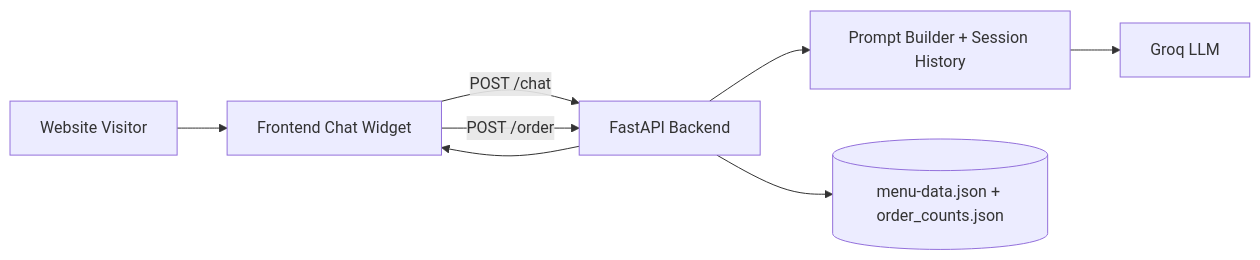
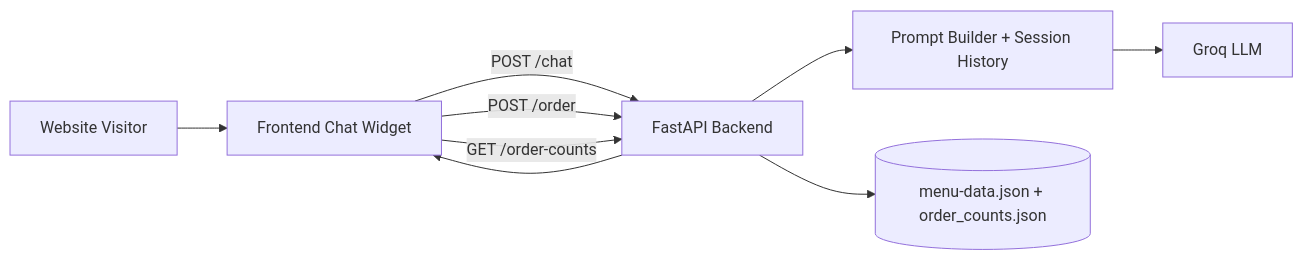
The diagram in README.md (AnomInsight/03_Portfolio_Project), drawn with Mermaid before and after one commit. The commit also changed other lines of this file and 3 other files, not shown here.

````diff
--- a/README.md
+++ b/README.md
@@ -54,10 +57,11 @@
 ```mermaid
 flowchart LR
 		U[Website Visitor] --> W[Frontend Chat Widget]
 		W -->|POST /chat| A[FastAPI Backend]
 		W -->|POST /order| A
+		W -->|GET /order-counts| A
 		A --> P[Prompt Builder + Session History]
 		P --> G[Groq LLM]
 		A --> D[(menu-data.json + order_counts.json)]
 		A --> W
 ```
````
